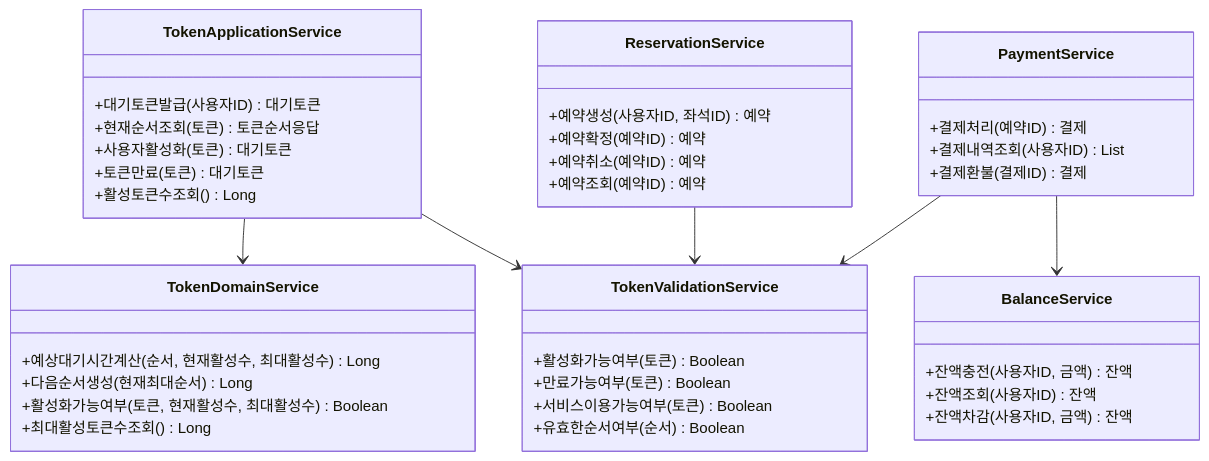
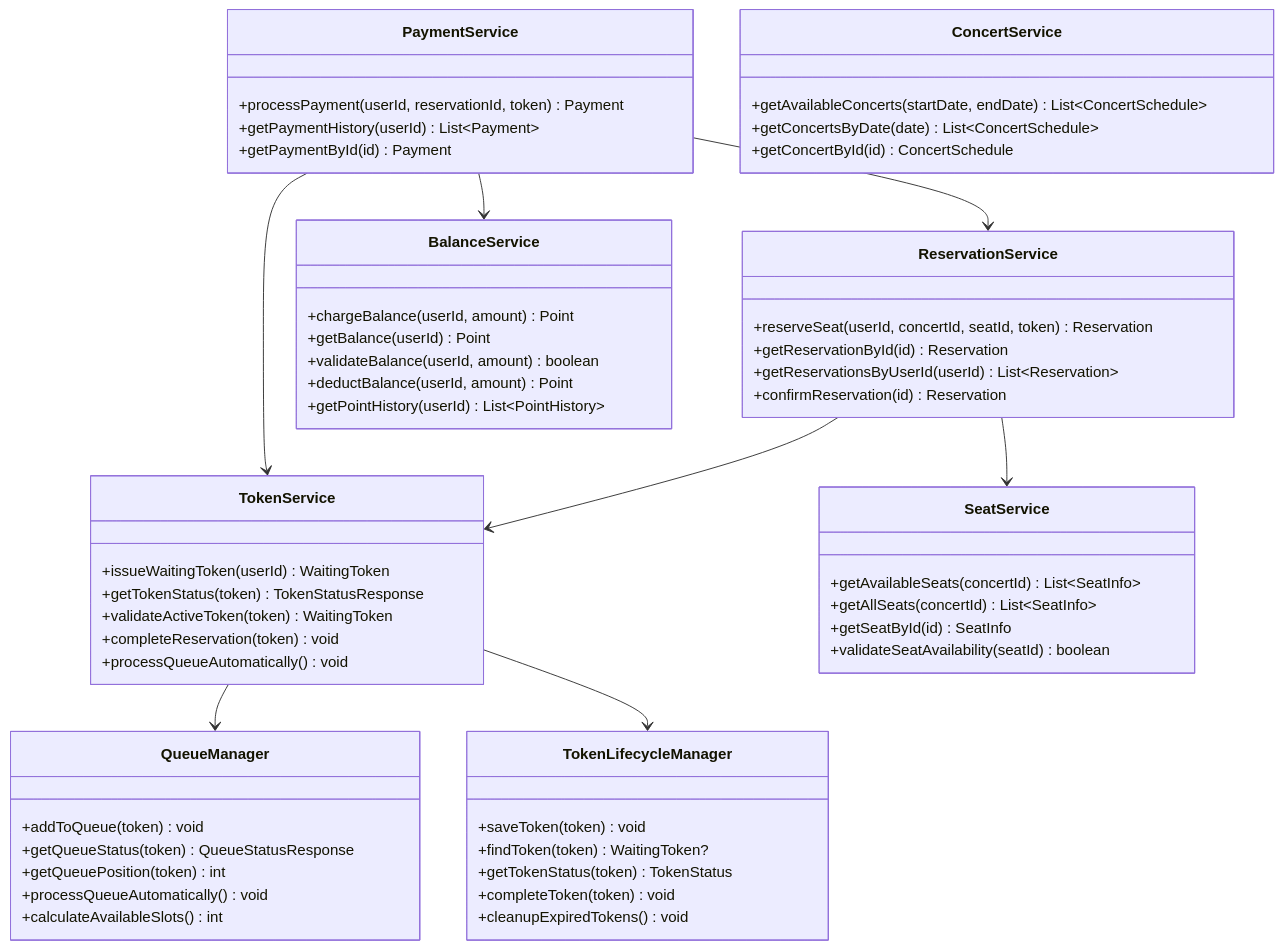
Before and after one commit to hanghae99-backend/2-SERVICE: the fourth of 5 diagrams in README.md, drawn with Mermaid. The commit also changed other lines of this file and 4 other files, not shown here.

````diff
--- a/README.md
+++ b/README.md
@@ -122,49 +136,68 @@
 ```mermaid
 classDiagram
-    class TokenDomainService {
-        +예상대기시간계산(순서, 현재활성수, 최대활성수) Long
-        +다음순서생성(현재최대순서) Long
-        +활성화가능여부(토큰, 현재활성수, 최대활성수) Boolean
-        +최대활성토큰수조회() Long
+    class TokenService {
+        +issueWaitingToken(userId) WaitingToken
+        +getTokenStatus(token) TokenStatusResponse
+        +validateActiveToken(token) WaitingToken
+        +completeReservation(token) void
+        +processQueueAutomatically() void
     }
     
-    class TokenValidationService {
-        +활성화가능여부(토큰) Boolean
-        +만료가능여부(토큰) Boolean
-        +서비스이용가능여부(토큰) Boolean
-        +유효한순서여부(순서) Boolean
+    class QueueManager {
+        +addToQueue(token) void
+        +getQueueStatus(token) QueueStatusResponse
+        +getQueuePosition(token) int
+        +processQueueAutomatically() void
+        +calculateAvailableSlots() int
     }
     
-    class TokenApplicationService {
-        +대기토큰발급(사용자ID) 대기토큰
-        +현재순서조회(토큰) 토큰순서응답
-        +사용자활성화(토큰) 대기토큰
-        +토큰만료(토큰) 대기토큰
-        +활성토큰수조회() Long
+    class TokenLifecycleManager {
+        +saveToken(token) void
+        +findToken(token) WaitingToken?
+        +getTokenStatus(token) TokenStatus
+        +completeToken(token) void
+        +cleanupExpiredTokens() void
     }
     
     class ReservationService {
-        +예약생성(사용자ID, 좌석ID) 예약
-        +예약확정(예약ID) 예약
-        +예약취소(예약ID) 예약
-        +예약조회(예약ID) 예약
+        +reserveSeat(userId, concertId, seatId, token) Reservation
+        +getReservationById(id) Reservation
+        +getReservationsByUserId(userId) List~Reservation~
+        +confirmReservation(id) Reservation
     }
     
     class PaymentService {
-        +결제처리(예약ID) 결제
-        +결제내역조회(사용자ID) List
-        +결제환불(결제ID) 결제
+        +processPayment(userId, reservationId, token) Payment
+        +getPaymentHistory(userId) List~Payment~
+        +getPaymentById(id) Payment
     }
     
     class BalanceService {
-        +잔액충전(사용자ID, 금액) 잔액
-        +잔액조회(사용자ID) 잔액
-        +잔액차감(사용자ID, 금액) 잔액
+        +chargeBalance(userId, amount) Point
+        +getBalance(userId) Point
+        +validateBalance(userId, amount) boolean
+        +deductBalance(userId, amount) Point
+        +getPointHistory(userId) List~PointHistory~
     }
     
-    TokenApplicationService --> TokenDomainService
-    TokenApplicationService --> TokenValidationService
-    ReservationService --> TokenValidationService
-    PaymentService --> TokenValidationService
+    class ConcertService {
+        +getAvailableConcerts(startDate, endDate) List~ConcertSchedule~
+        +getConcertsByDate(date) List~ConcertSchedule~
+        +getConcertById(id) ConcertSchedule
+    }
+    
+    class SeatService {
+        +getAvailableSeats(concertId) List~SeatInfo~
+        +getAllSeats(concertId) List~SeatInfo~
+        +getSeatById(id) SeatInfo
+        +validateSeatAvailability(seatId) boolean
+    }
+    
+    TokenService --> QueueManager
+    TokenService --> TokenLifecycleManager
+    ReservationService --> TokenService
+    ReservationService --> SeatService
+    PaymentService --> TokenService
     PaymentService --> BalanceService
+    PaymentService --> ReservationService
 ```
````
